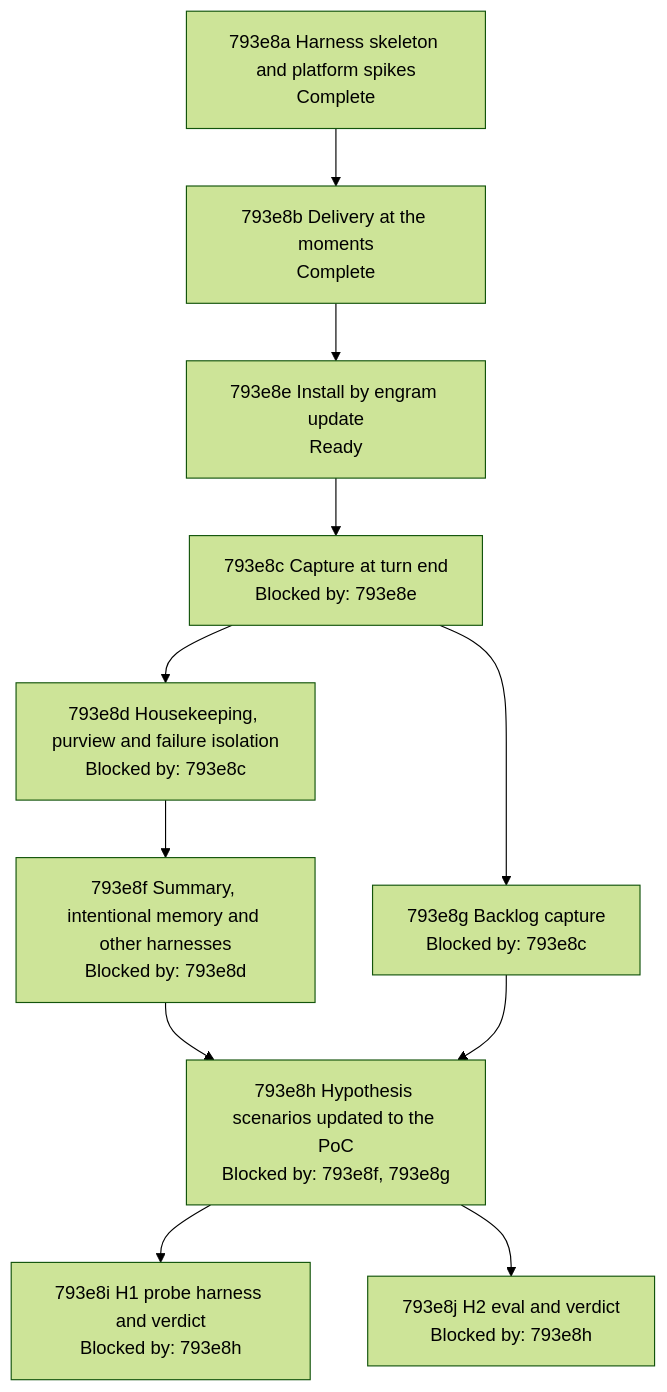
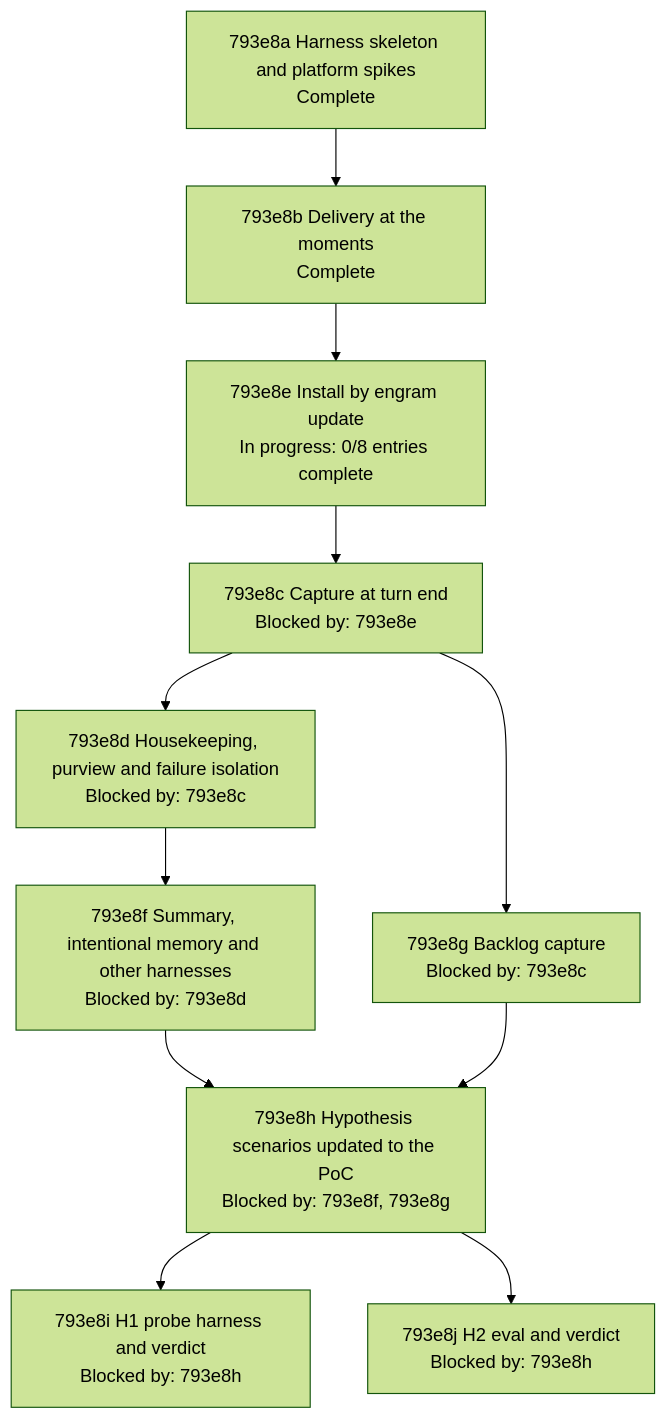
Before and after one commit to toejough/engram: the diagram in docs/changes/793_parallel-memory-agent/793e_implementation-plan.md, drawn with Mermaid (forest theme).

Commit message:
docs(793e8e): node in progress
AI-Used: [claude]

````diff
--- a/docs/changes/793_parallel-memory-agent/793e_implementation-plan.md
+++ b/docs/changes/793_parallel-memory-agent/793e_implementation-plan.md
@@ -214,21 +214,21 @@
 ```mermaid
 flowchart TD
   n793e8a["793e8a Harness skeleton and platform spikes<br/>Complete"]
   n793e8b["793e8b Delivery at the moments<br/>Complete"]
-  n793e8e["793e8e Install by engram update<br/>Ready"]
+  n793e8e["793e8e Install by engram update<br/>In progress: 0/8 entries complete"]
   n793e8c["793e8c Capture at turn end<br/>Blocked by: 793e8e"]
   n793e8d["793e8d Housekeeping, purview and failure isolation<br/>Blocked by: 793e8c"]
   n793e8g["793e8g Backlog capture<br/>Blocked by: 793e8c"]
   n793e8f["793e8f Summary, intentional memory and other harnesses<br/>Blocked by: 793e8d"]
   n793e8h["793e8h Hypothesis scenarios updated to the PoC<br/>Blocked by: 793e8f, 793e8g"]
   n793e8i["793e8i H1 probe harness and verdict<br/>Blocked by: 793e8h"]
   n793e8j["793e8j H2 eval and verdict<br/>Blocked by: 793e8h"]
   n793e8a --> n793e8b --> n793e8e --> n793e8c
   n793e8c --> n793e8d
   n793e8c --> n793e8g
   n793e8d --> n793e8f
   n793e8f --> n793e8h
   n793e8g --> n793e8h
   n793e8h --> n793e8i
   n793e8h --> n793e8j
 ```
````
